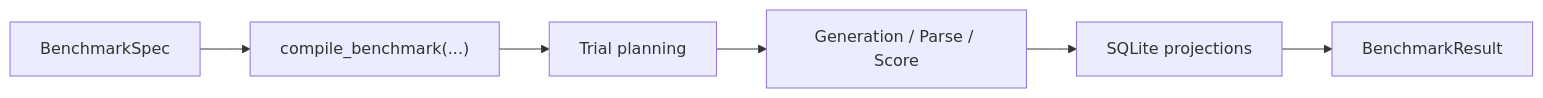
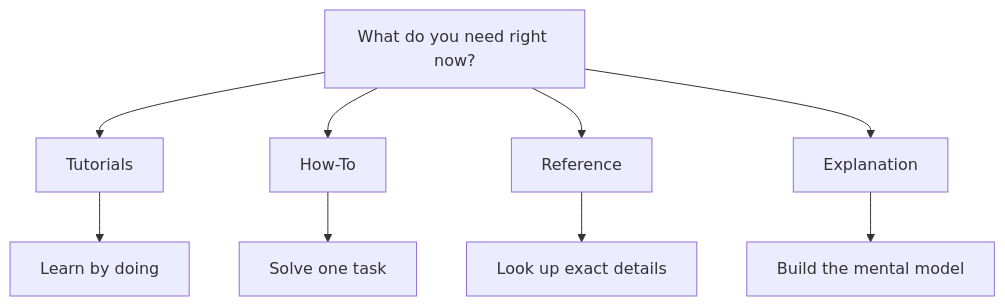
Before and after one commit to Pittawat2542/themis: the diagram in docs/index.md, drawn with Mermaid. The commit also changed other lines of this file and 680 other files, not shown here.

````diff
--- a/docs/index.md
+++ b/docs/index.md
@@ -13,8 +14,12 @@
 ```mermaid
-flowchart LR
-    A["BenchmarkSpec"] --> B["compile_benchmark(...)"]
-    B --> C["Trial planning"]
-    C --> D["Generation / Parse / Score"]
-    D --> E["SQLite projections"]
-    E --> F["BenchmarkResult"]
+flowchart TD
+    A["What do you need right now?"]
+    A --> B["Tutorials"]
+    A --> C["How-To"]
+    A --> D["Reference"]
+    A --> E["Explanation"]
+    B --> B1["Learn by doing"]
+    C --> C1["Solve one task"]
+    D --> D1["Look up exact details"]
+    E --> E1["Build the mental model"]
 ```
````
